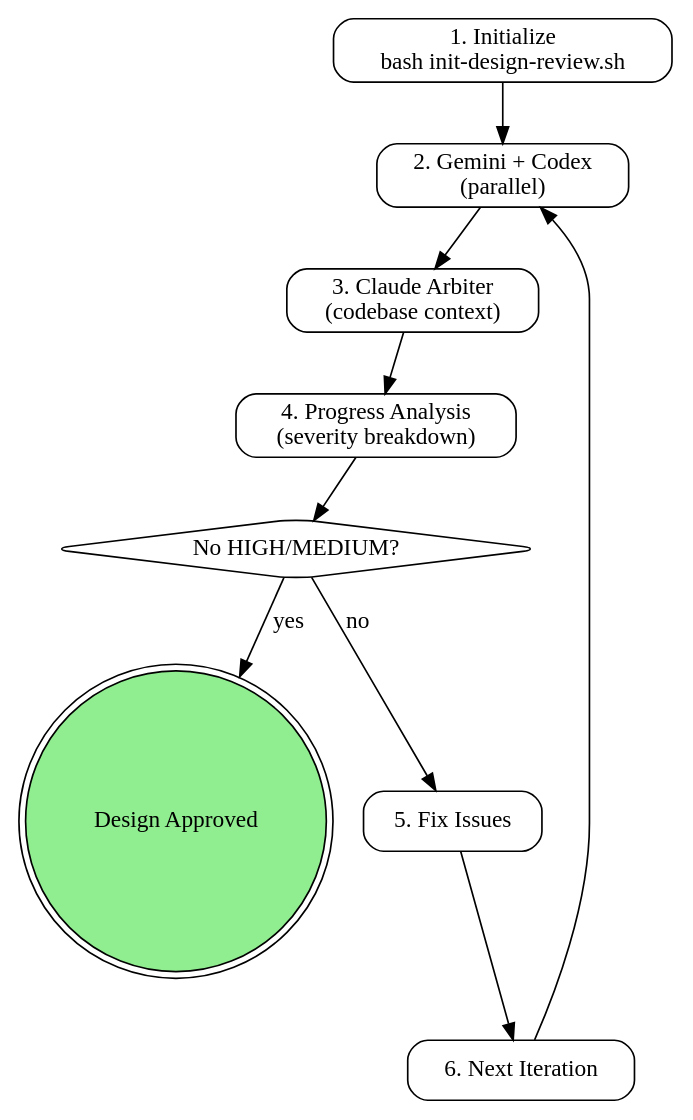
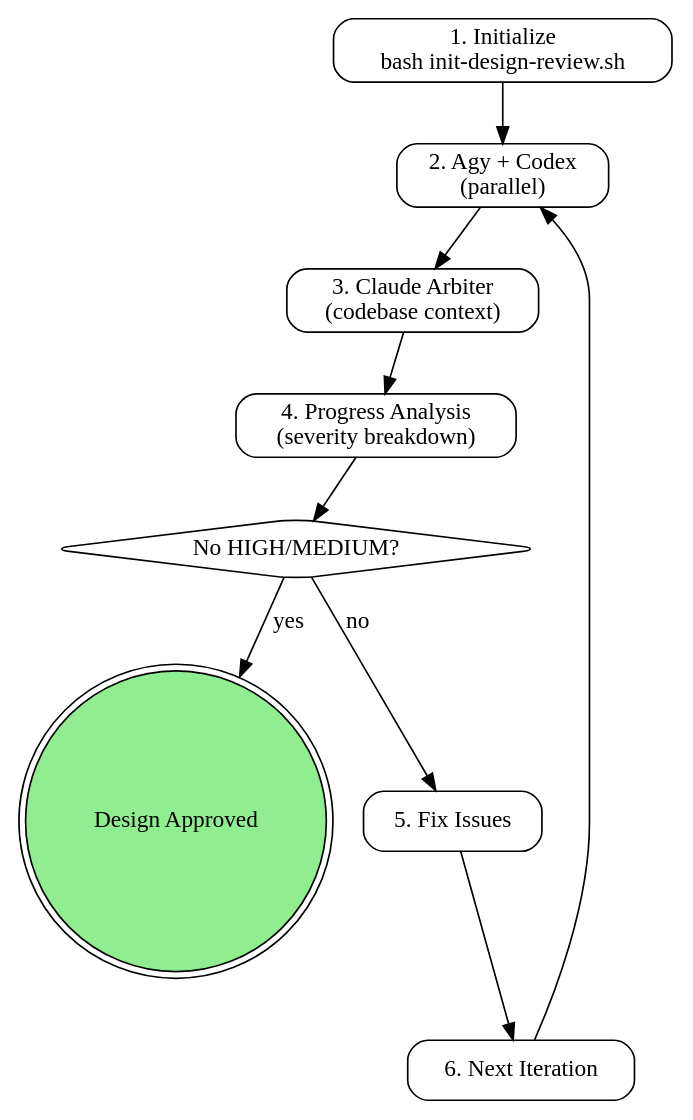
Before and after one commit to chris-yyau/busdriver: the diagram in skills/blueprint-review/SKILL.md, drawn with Graphviz. The commit also changed other lines of this file and 34 other files, not shown here.

First line of the commit message:
chore(agy): migrate gemini CLI → antigravity (agy) backend

````diff
--- a/skills/blueprint-review/SKILL.md
+++ b/skills/blueprint-review/SKILL.md
@@ -101,24 +101,24 @@
 ```dot
 digraph review {
     rankdir=TB;
     node [shape=box, style=rounded];
 
     init [label="1. Initialize\nbash init-design-review.sh"];
-    parallel [label="2. Gemini + Codex\n(parallel)"];
+    parallel [label="2. Agy + Codex\n(parallel)"];
     claude [label="3. Claude Arbiter\n(codebase context)"];
     progress [label="4. Progress Analysis\n(severity breakdown)"];
     converged [label="No HIGH/MEDIUM?" shape=diamond];
     done [label="Design Approved" shape=doublecircle style=filled fillcolor=lightgreen];
     fix [label="5. Fix Issues"];
     iterate [label="6. Next Iteration"];
 
     init -> parallel;
     parallel -> claude;
     claude -> progress;
     progress -> converged;
     converged -> done [label="yes"];
     converged -> fix [label="no"];
     fix -> iterate;
     iterate -> parallel;
 }
 ```
````
